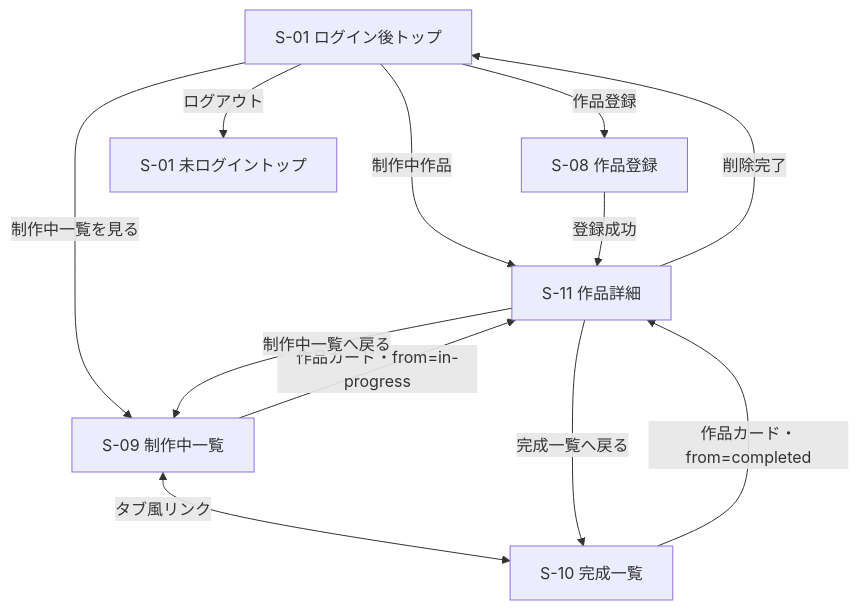
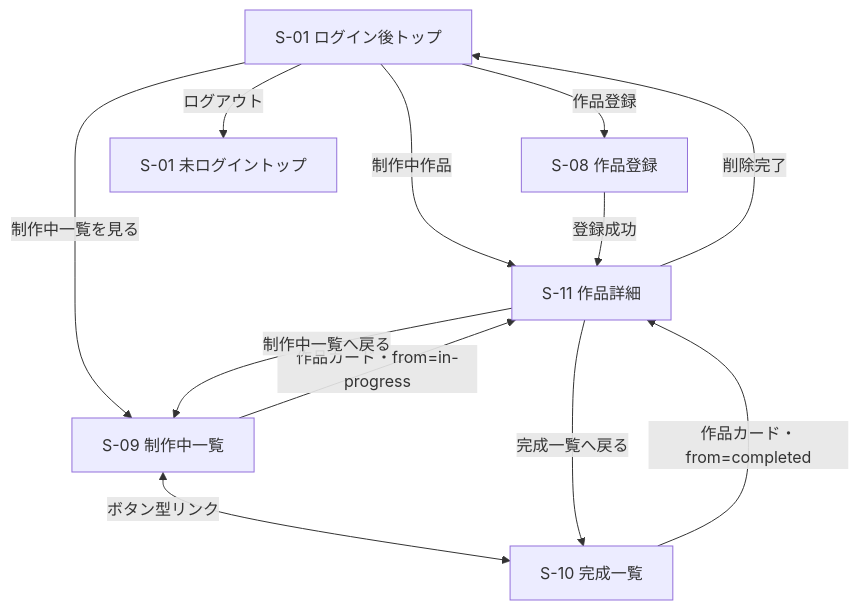
Before and after one commit to 14knkn-wq/Knitting-public: the second of 2 diagrams in docs/03_screen-design.md, drawn with Mermaid. The commit also changed other lines of this file and 35 other files, not shown here.

````diff
--- a/docs/03_screen-design.md
+++ b/docs/03_screen-design.md
@@ -210,21 +214,21 @@
 ```mermaid
 flowchart TB
     S01L["S-01 ログイン後トップ"]
     S08["S-08 作品登録"]
     S09["S-09 制作中一覧"]
     S10["S-10 完成一覧"]
     S11["S-11 作品詳細"]
     S01U["S-01 未ログイントップ"]
 
     S01L -->|作品登録| S08
     S01L -->|制作中作品| S11
     S01L -->|制作中一覧を見る| S09
     S08 -->|登録成功| S11
-    S09 <-->|タブ風リンク| S10
+    S09 <-->|ボタン型リンク| S10
     S09 -->|作品カード・from=in-progress| S11
     S10 -->|作品カード・from=completed| S11
     S11 -->|制作中一覧へ戻る| S09
     S11 -->|完成一覧へ戻る| S10
     S11 -->|削除完了| S01L
     S01L -->|ログアウト| S01U
 ```
````
